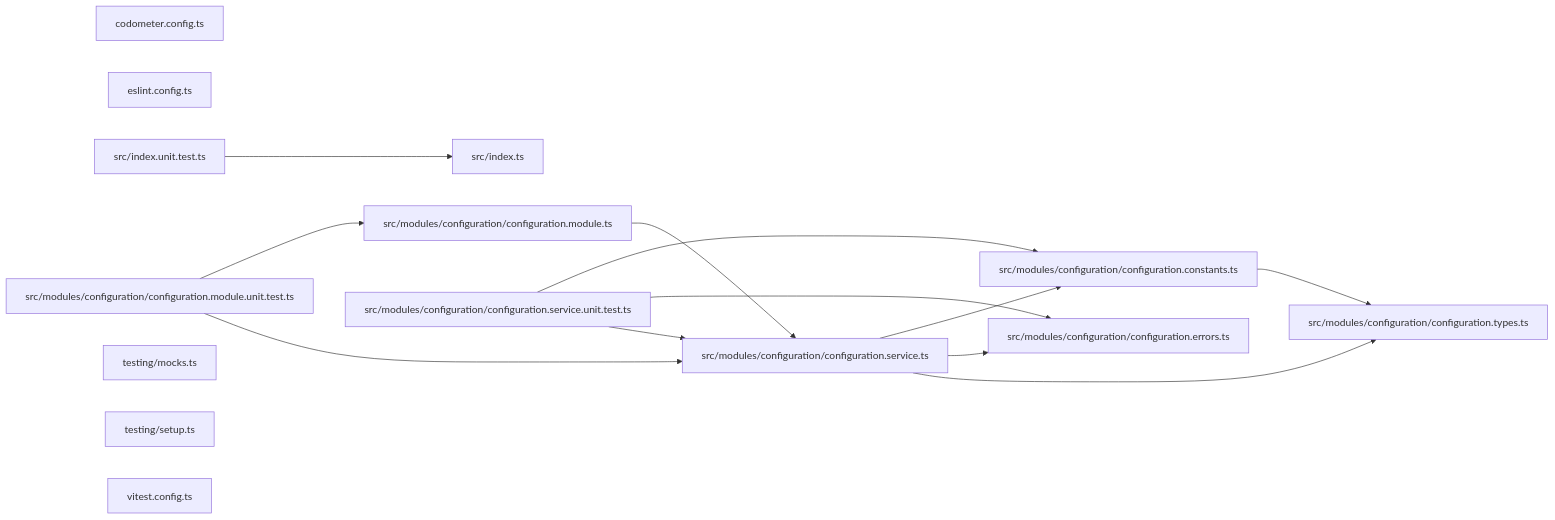
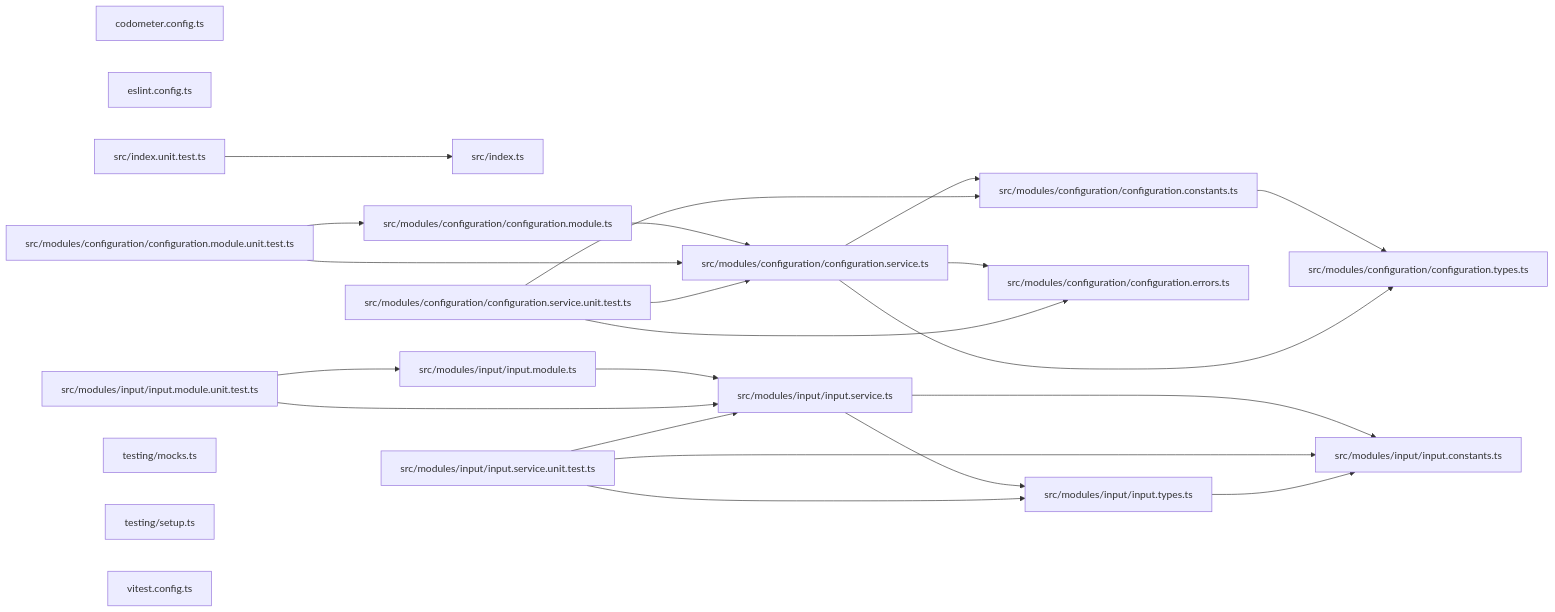
One commit to JimmyPaolini/codebase changed the third of 3 diagrams in packages/codependix-configuration/README.md. Above: the diagram before and after it, drawn with Mermaid. The commit also changed other lines of this file and 9 other files, not shown here.

````diff
--- a/packages/codependix-configuration/README.md
+++ b/packages/codependix-configuration/README.md
@@ -38,28 +39,43 @@
 ```mermaid
 graph LR
   file_codometer_config_ts["codometer.config.ts"]
   file_eslint_config_ts["eslint.config.ts"]
   file_src_index_ts["src/index.ts"]
   file_src_index_unit_test_ts["src/index.unit.test.ts"]
   file_src_modules_configuration_configuration_constants_ts["src/modules/configuration/configuration.constants.ts"]
   file_src_modules_configuration_configuration_errors_ts["src/modules/configuration/configuration.errors.ts"]
   file_src_modules_configuration_configuration_module_ts["src/modules/configuration/configuration.module.ts"]
   file_src_modules_configuration_configuration_module_unit_test_ts["src/modules/configuration/configuration.module.unit.test.ts"]
   file_src_modules_configuration_configuration_service_ts["src/modules/configuration/configuration.service.ts"]
   file_src_modules_configuration_configuration_service_unit_test_ts["src/modules/configuration/configuration.service.unit.test.ts"]
   file_src_modules_configuration_configuration_types_ts["src/modules/configuration/configuration.types.ts"]
+  file_src_modules_input_input_constants_ts["src/modules/input/input.constants.ts"]
+  file_src_modules_input_input_module_ts["src/modules/input/input.module.ts"]
+  file_src_modules_input_input_module_unit_test_ts["src/modules/input/input.module.unit.test.ts"]
+  file_src_modules_input_input_service_ts["src/modules/input/input.service.ts"]
+  file_src_modules_input_input_service_unit_test_ts["src/modules/input/input.service.unit.test.ts"]
+  file_src_modules_input_input_types_ts["src/modules/input/input.types.ts"]
   file_testing_mocks_ts["testing/mocks.ts"]
   file_testing_setup_ts["testing/setup.ts"]
   file_vitest_config_ts["vitest.config.ts"]
   file_src_index_unit_test_ts --> file_src_index_ts
   file_src_modules_configuration_configuration_constants_ts --> file_src_modules_configuration_configuration_types_ts
   file_src_modules_configuration_configuration_module_ts --> file_src_modules_configuration_configuration_service_ts
   file_src_modules_configuration_configuration_module_unit_test_ts --> file_src_modules_configuration_configuration_module_ts
   file_src_modules_configuration_configuration_module_unit_test_ts --> file_src_modules_configuration_configuration_service_ts
   file_src_modules_configuration_configuration_service_ts --> file_src_modules_configuration_configuration_constants_ts
   file_src_modules_configuration_configuration_service_ts --> file_src_modules_configuration_configuration_errors_ts
   file_src_modules_configuration_configuration_service_ts --> file_src_modules_configuration_configuration_types_ts
   file_src_modules_configuration_configuration_service_unit_test_ts --> file_src_modules_configuration_configuration_constants_ts
   file_src_modules_configuration_configuration_service_unit_test_ts --> file_src_modules_configuration_configuration_errors_ts
   file_src_modules_configuration_configuration_service_unit_test_ts --> file_src_modules_configuration_configuration_service_ts
+  file_src_modules_input_input_module_ts --> file_src_modules_input_input_service_ts
+  file_src_modules_input_input_module_unit_test_ts --> file_src_modules_input_input_module_ts
+  file_src_modules_input_input_module_unit_test_ts --> file_src_modules_input_input_service_ts
+  file_src_modules_input_input_service_ts --> file_src_modules_input_input_constants_ts
+  file_src_modules_input_input_service_ts --> file_src_modules_input_input_types_ts
+  file_src_modules_input_input_service_unit_test_ts --> file_src_modules_input_input_constants_ts
+  file_src_modules_input_input_service_unit_test_ts --> file_src_modules_input_input_service_ts
+  file_src_modules_input_input_service_unit_test_ts --> file_src_modules_input_input_types_ts
+  file_src_modules_input_input_types_ts --> file_src_modules_input_input_constants_ts
 ```
````
